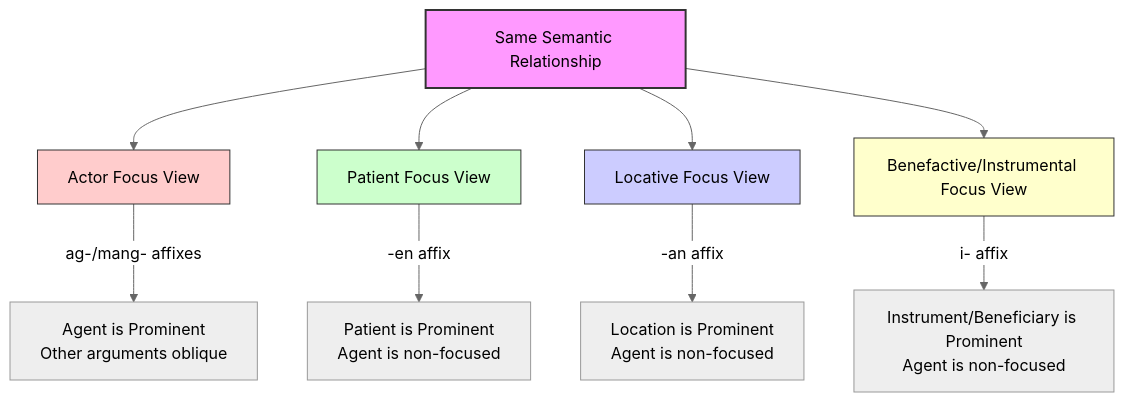
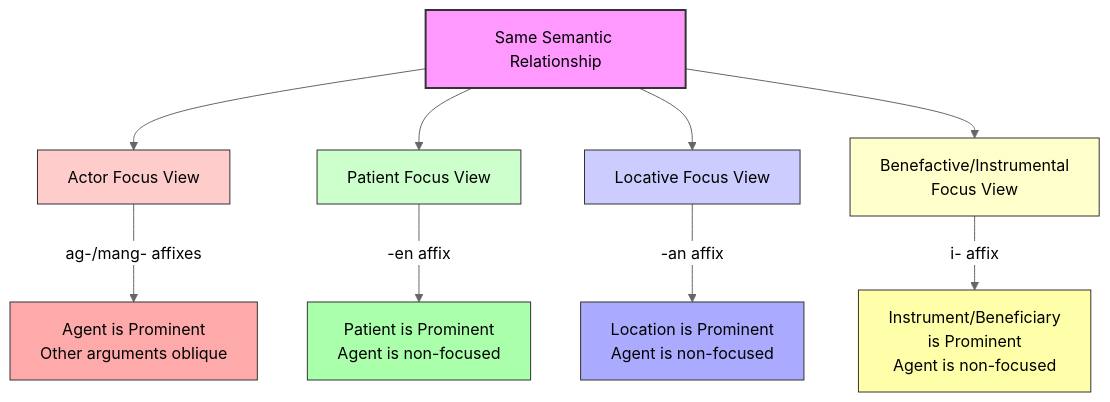
One commit to ActiveInferenceInstitute/CEREBRUM changed the third of 6 diagrams in docs/languages/ilocano.md. Above: the diagram before and after it, drawn with Mermaid (neutral theme). The commit also changed other lines of this file and 1 other file, not shown here.

````diff
--- a/docs/languages/ilocano.md
+++ b/docs/languages/ilocano.md
@@ -199,19 +216,22 @@
 ```mermaid
 graph TD
-    A[Same Semantic Relationship]
-    A --> B[Actor Focus View]
-    A --> C[Patient Focus View]
-    A --> D[Locative Focus View]
-    A --> E[Benefactive/Instrumental Focus View]
+    A["Same Semantic Relationship"] --> B["Actor Focus View"]
+    A --> C["Patient Focus View"]
+    A --> D["Locative Focus View"]
+    A --> E["Benefactive/Instrumental<br>Focus View"]
     
-    B -- "ag-/mang- affixes" --> F[Agent is Prominent<br>Other arguments oblique]
-    C -- "-en affix" --> G[Patient is Prominent<br>Agent is non-focused]
-    D -- "-an affix" --> H[Location is Prominent<br>Agent is non-focused]
-    E -- "i- affix" --> I[Instrument/Beneficiary is Prominent<br>Agent is non-focused]
+    B -- "ag-/mang- affixes" --> F["Agent is Prominent<br>Other arguments oblique"]
+    C -- "-en affix" --> G["Patient is Prominent<br>Agent is non-focused"]
+    D -- "-an affix" --> H["Location is Prominent<br>Agent is non-focused"]
+    E -- "i- affix" --> I["Instrument/Beneficiary<br>is Prominent<br>Agent is non-focused"]
     
     style A fill:#f9f,stroke:#333,stroke-width:2px
     style B fill:#fcc,stroke:#333
     style C fill:#cfc,stroke:#333
     style D fill:#ccf,stroke:#333
     style E fill:#ffc,stroke:#333
+    style F fill:#faa,stroke:#333,stroke-width:1px
+    style G fill:#afa,stroke:#333,stroke-width:1px
+    style H fill:#aaf,stroke:#333,stroke-width:1px
+    style I fill:#ffa,stroke:#333,stroke-width:1px
 ```
````
